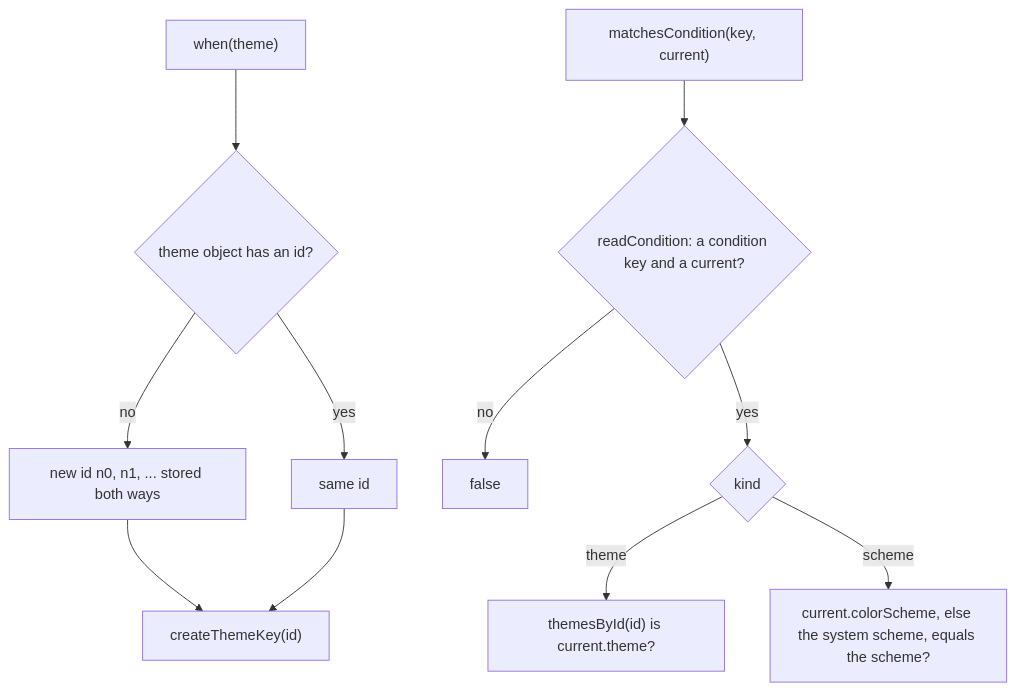
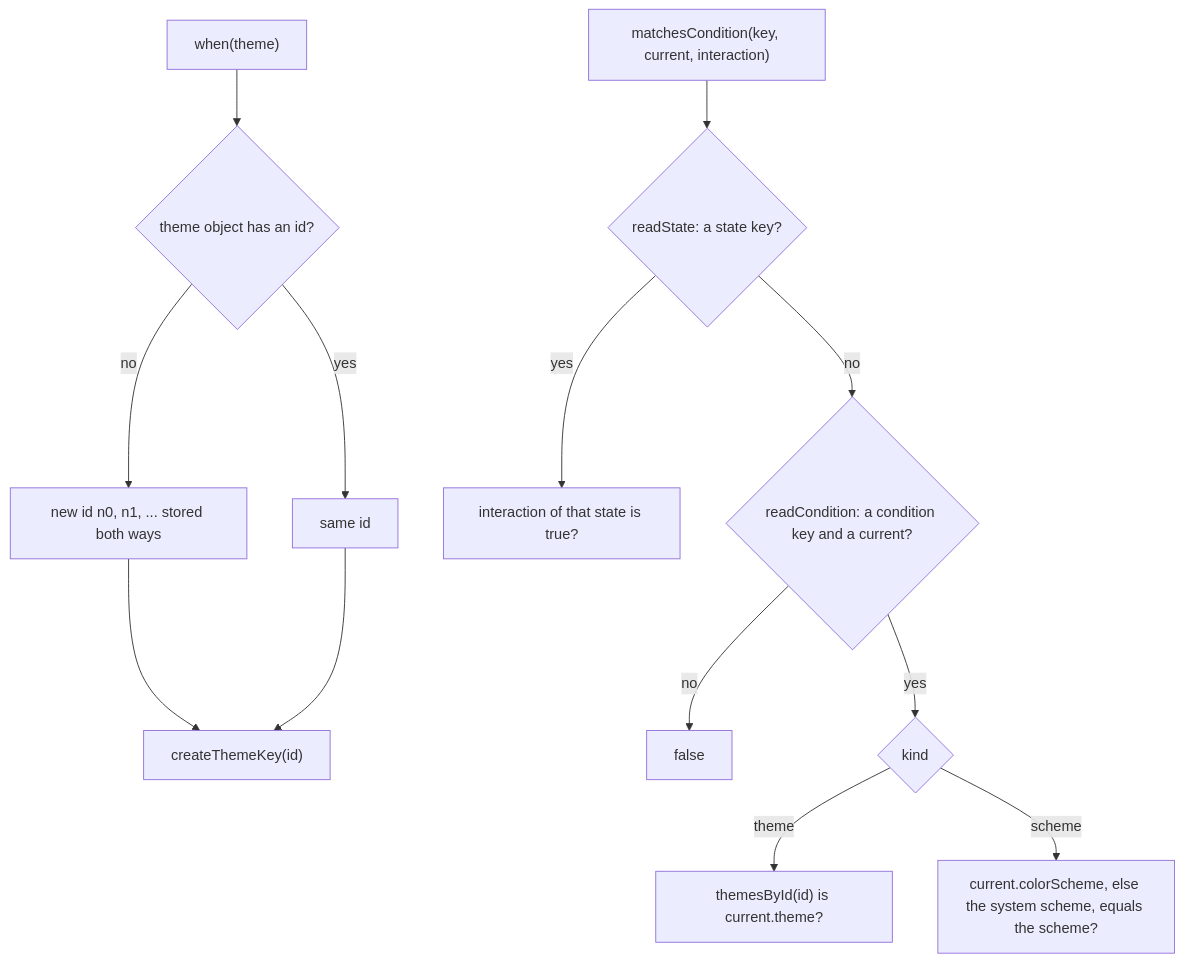
One commit to soroush-tech/umber-style changed the diagram in packages/react-native/src/conditions.md. Above: the diagram before and after it, drawn with Mermaid. The commit also changed other lines of this file and 80 other files, not shown here.

````diff
--- a/packages/react-native/src/conditions.md
+++ b/packages/react-native/src/conditions.md
@@ -20,13 +21,15 @@
 ```mermaid
 flowchart TD
   when["when(theme)"] --> known{"theme object has an id?"}
   known -->|"no"| mint["new id n0, n1, ... stored both ways"]
   known -->|"yes"| reuse["same id"]
   mint --> key["createThemeKey(id)"]
   reuse --> key
-  m["matchesCondition(key, current)"] --> rc{"readCondition: a condition key and a current?"}
+  m["matchesCondition(key, current, interaction)"] --> st{"readState: a state key?"}
+  st -->|"yes"| inter["interaction of that state is true?"]
+  st -->|"no"| rc{"readCondition: a condition key and a current?"}
   rc -->|"no"| f["false"]
   rc -->|"yes"| kind{"kind"}
   kind -->|"theme"| cmp["themesById(id) is current.theme?"]
   kind -->|"scheme"| sch["current.colorScheme, else the system scheme, equals the scheme?"]
 ```
````
